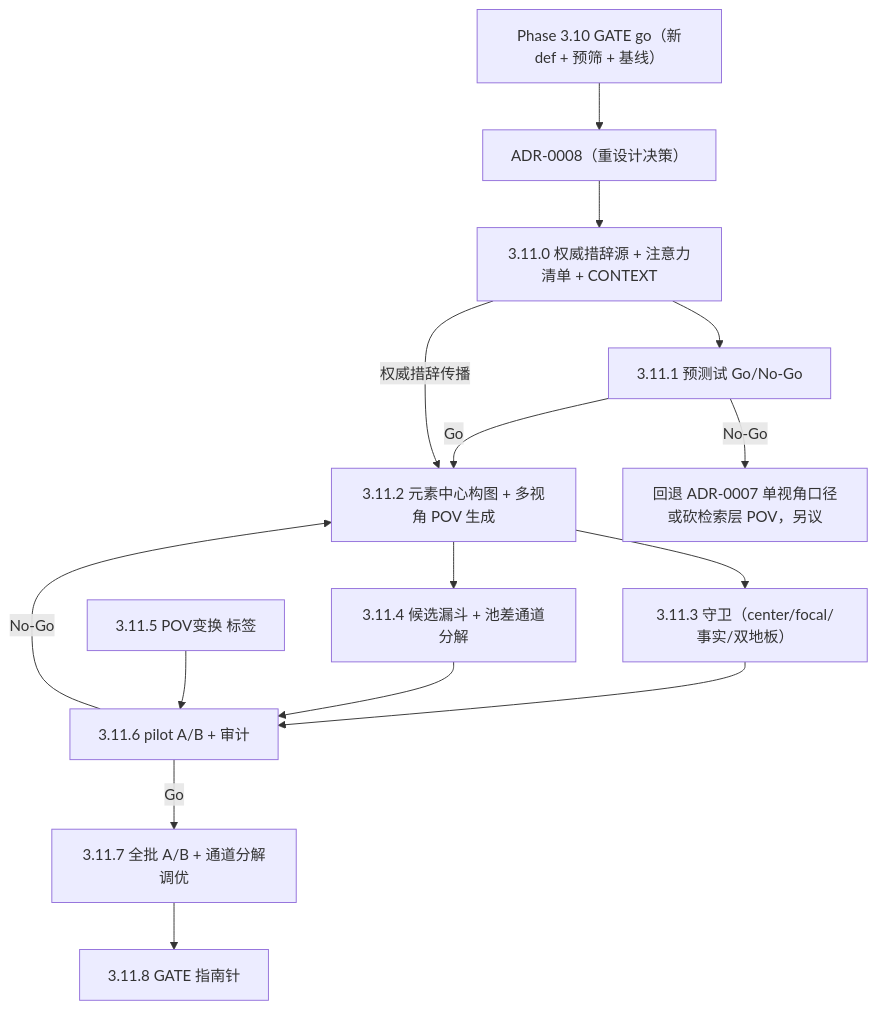
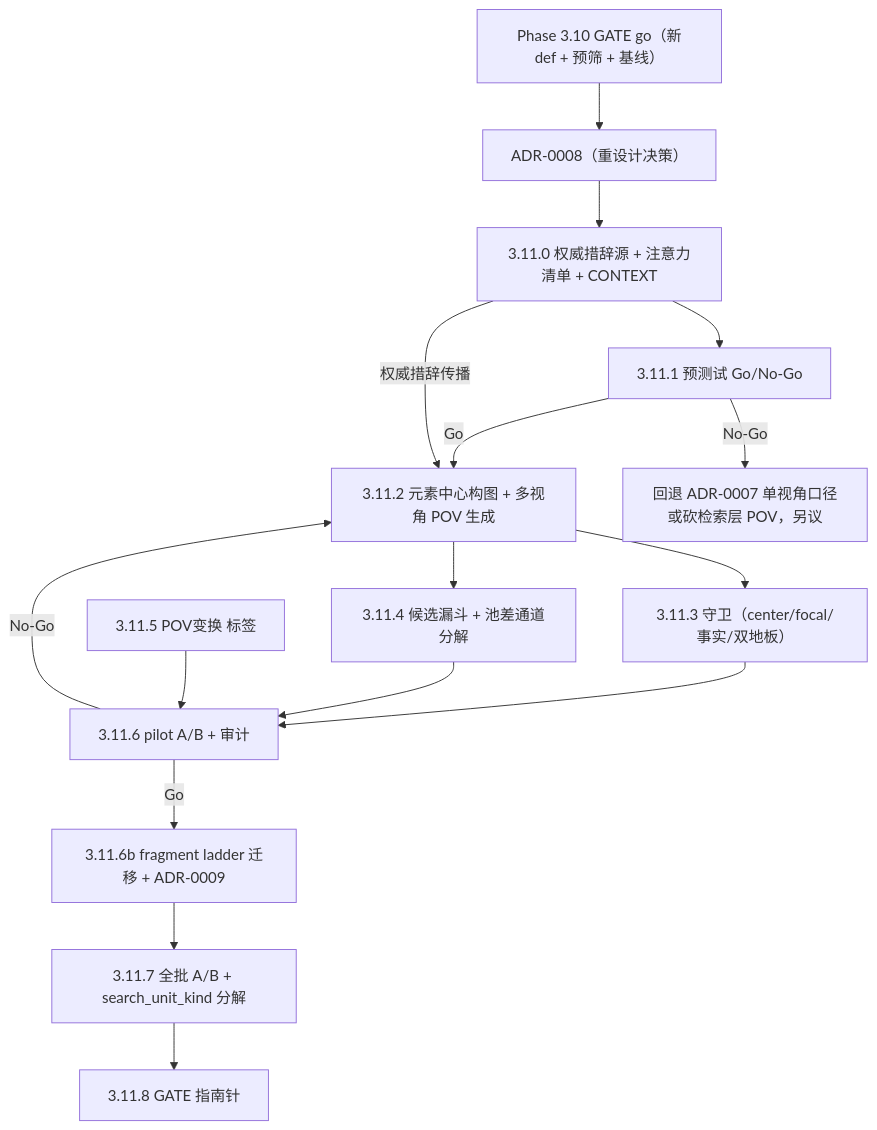
The diagram in .cursor/plans/Phase3.11-pov-focalization-additive.plan.md (XYBuilds/themoviecosmos-daily-stargazing), drawn with Mermaid before and after one commit. The commit also changed other lines of this file, not shown here.

First line of the commit message:
feat(plans): add fragment ladder architecture migration and update todo items for phase 3.11.6b

````diff
--- a/.cursor/plans/Phase3.11-pov-focalization-additive.plan.md
+++ b/.cursor/plans/Phase3.11-pov-focalization-additive.plan.md
@@ -57,25 +60,27 @@
 ```mermaid
 flowchart TD
   P310["Phase 3.10 GATE go（新def + 预筛 + 基线）"]
   ADR8["ADR-0008（重设计决策）"]
   T0["3.11.0 权威措辞源 + 注意力清单 + CONTEXT"]
   T1["3.11.1 预测试 Go/No-Go"]
   T2["3.11.2 元素中心构图 + 多视角 POV 生成"]
   T3["3.11.3 守卫（center/focal/事实/双地板）"]
   T4["3.11.4 候选漏斗 + 池差通道分解"]
   T5["3.11.5 POV变换 标签"]
   T6["3.11.6 pilot A/B + 审计"]
-  T7["3.11.7 全批 A/B + 通道分解调优"]
+  T6b["3.11.6b fragment ladder 迁移 + ADR-0009"]
+  T7["3.11.7 全批 A/B + search_unit_kind 分解"]
   T8["3.11.8 GATE 指南针"]
   P310 --> ADR8 --> T0 --> T1
   T1 -->|Go| T2
   T1 -->|No-Go| Stop["回退 ADR-0007 单视角口径或砍检索层 POV，另议"]
   T0 -->|权威措辞传播| T2
   T2 --> T3
   T2 --> T4
   T3 --> T6
   T4 --> T6
   T5 --> T6
-  T6 -->|Go| T7 --> T8
+  T6 -->|Go| T6b
+  T6b --> T7 --> T8
   T6 -->|No-Go| T2
 ```
````
